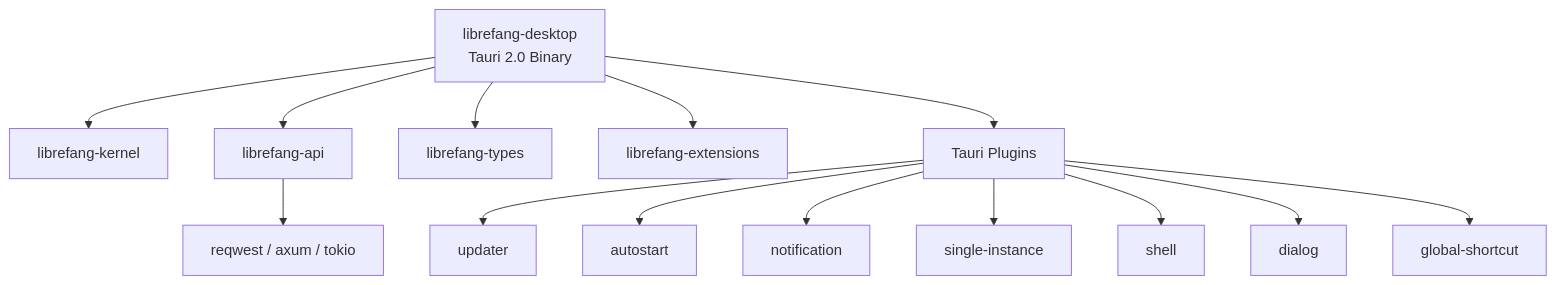
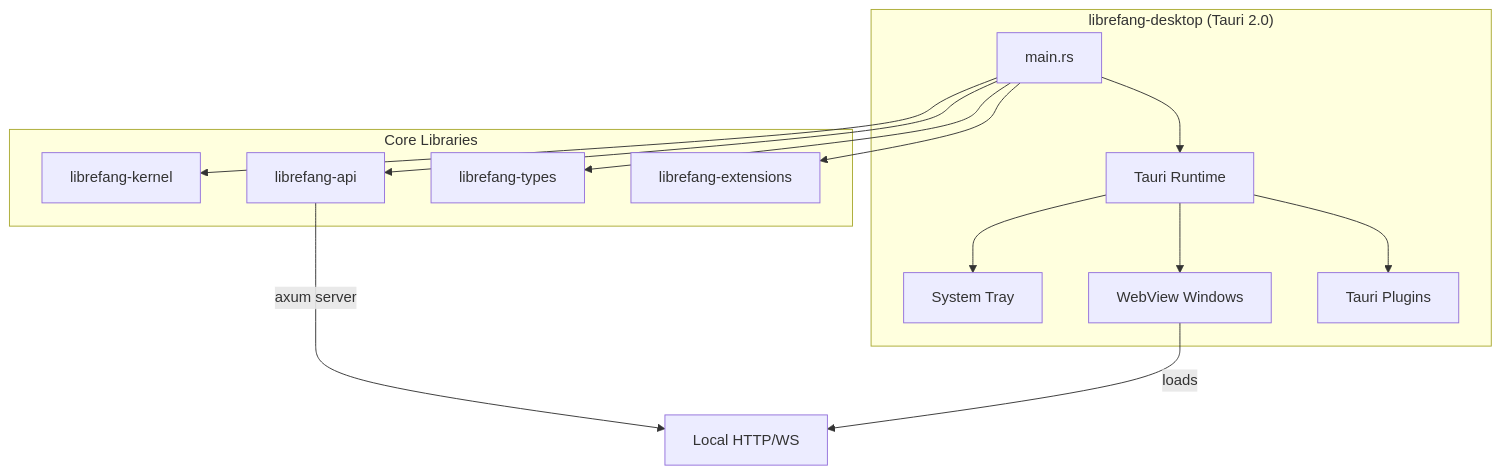
Before and after one commit to leszek3737/librefang-WIki: the diagram in other-librefang-desktop.md, drawn with Mermaid. The commit also changed other lines of this file and 98 other files, not shown here.

````diff
--- a/other-librefang-desktop.md
+++ b/other-librefang-desktop.md
@@ -9,16 +9,23 @@
 ```mermaid
 graph TD
-    A[librefang-desktop<br/>Tauri 2.0 Binary] --> B[librefang-kernel]
-    A --> C[librefang-api]
-    A --> D[librefang-types]
-    A --> E[librefang-extensions]
-    C --> F[reqwest / axum / tokio]
-    A --> G[Tauri Plugins]
-    G --> G1[updater]
-    G --> G2[autostart]
-    G --> G3[notification]
-    G --> G4[single-instance]
-    G --> G5[shell]
-    G --> G6[dialog]
-    G --> G7[global-shortcut]
+    subgraph "librefang-desktop (Tauri 2.0)"
+        A[main.rs] --> B[Tauri Runtime]
+        B --> C[System Tray]
+        B --> D[WebView Windows]
+        B --> E[Tauri Plugins]
+    end
+
+    subgraph "Core Libraries"
+        F[librefang-kernel]
+        G[librefang-api]
+        H[librefang-types]
+        I[librefang-extensions]
+    end
+
+    A --> F
+    A --> G
+    A --> H
+    A --> I
+    G -->|axum server| J[Local HTTP/WS]
+    D -->|loads| J
 ```
````
